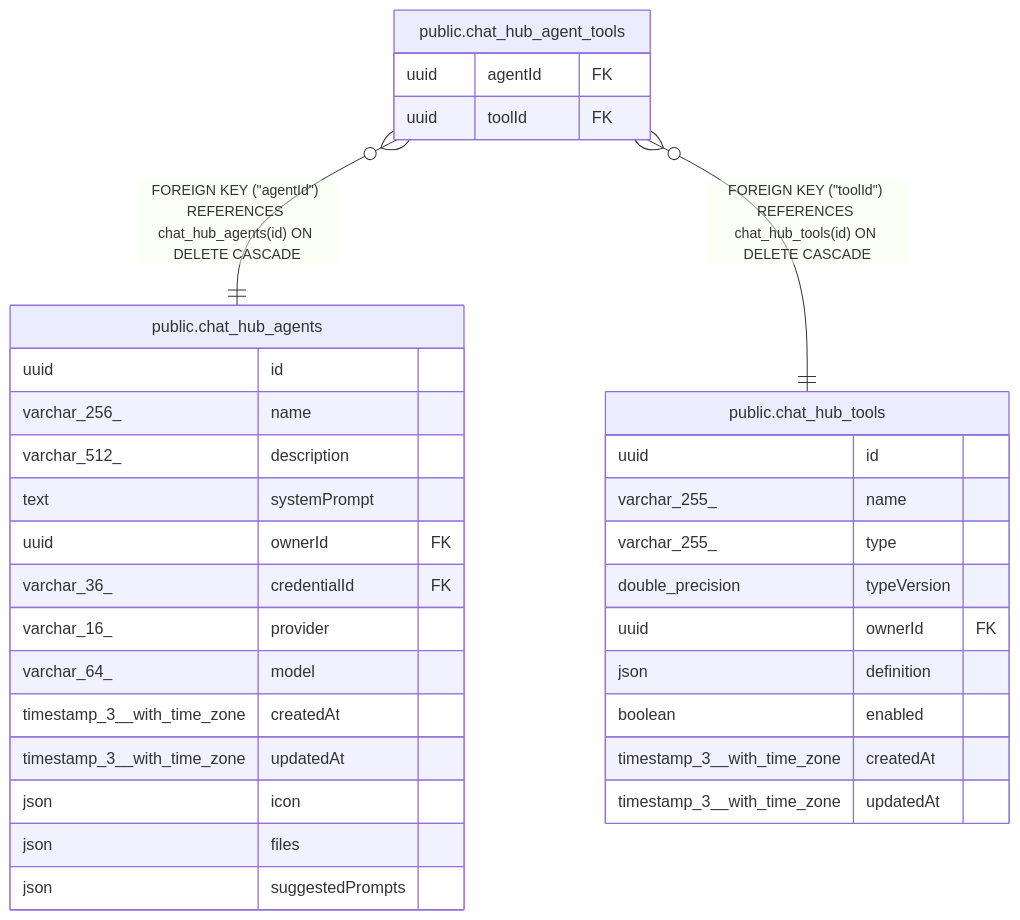
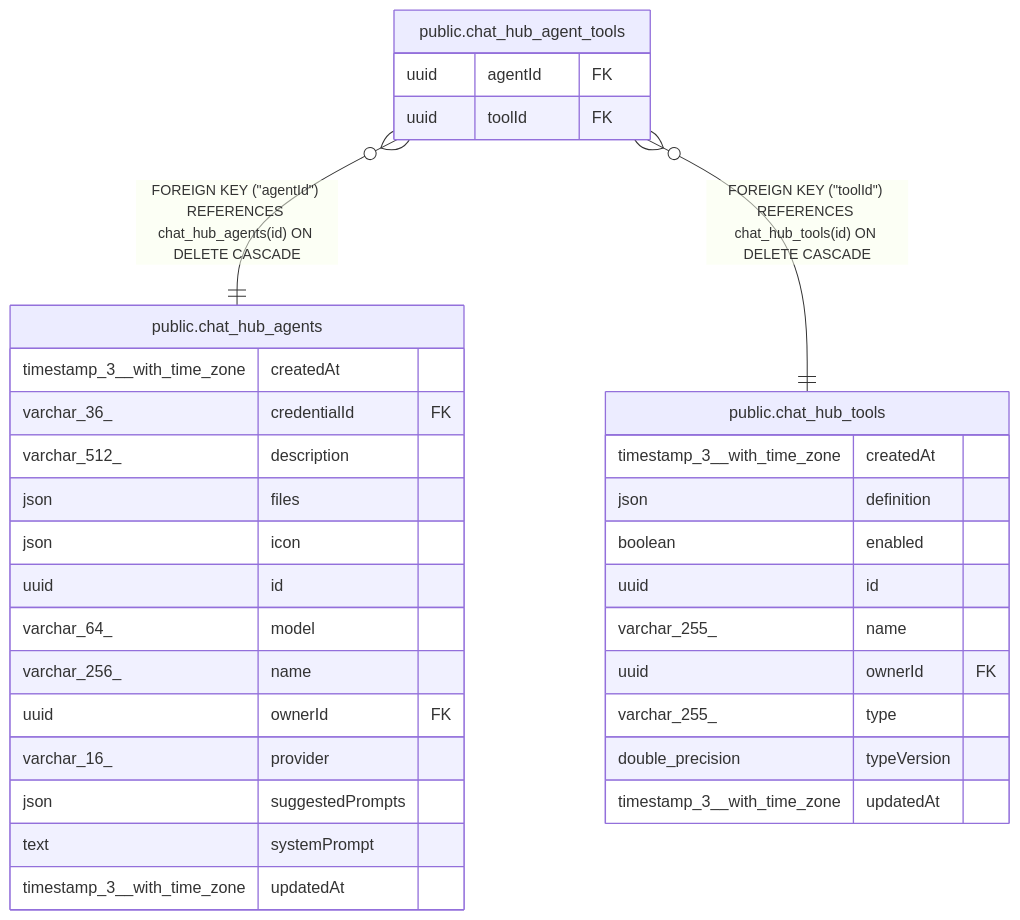
Before and after one commit to mayankjain1815-commits/n8n: the diagram in docs/generated/postgres-schema/public.chat_hub_agent_tools.md, drawn with Mermaid. The commit also changed other lines of this file and 221 other files, not shown here.

Commit message:
chore(core): Make DB schema docs generation deterministic (#32373)

````diff
--- a/docs/generated/postgres-schema/public.chat_hub_agent_tools.md
+++ b/docs/generated/postgres-schema/public.chat_hub_agent_tools.md
@@ -28,37 +28,37 @@
 ```mermaid
 erDiagram
 
 "public.chat_hub_agent_tools" }o--|| "public.chat_hub_agents" : "FOREIGN KEY (#quot;agentId#quot;) REFERENCES chat_hub_agents(id) ON DELETE CASCADE"
 "public.chat_hub_agent_tools" }o--|| "public.chat_hub_tools" : "FOREIGN KEY (#quot;toolId#quot;) REFERENCES chat_hub_tools(id) ON DELETE CASCADE"
 
 "public.chat_hub_agent_tools" {
   uuid agentId FK
   uuid toolId FK
 }
 "public.chat_hub_agents" {
+  timestamp_3__with_time_zone createdAt
+  varchar_36_ credentialId FK
+  varchar_512_ description
+  json files
+  json icon
   uuid id
+  varchar_64_ model
   varchar_256_ name
-  varchar_512_ description
+  uuid ownerId FK
+  varchar_16_ provider
+  json suggestedPrompts
   text systemPrompt
-  uuid ownerId FK
-  varchar_36_ credentialId FK
-  varchar_16_ provider
-  varchar_64_ model
-  timestamp_3__with_time_zone createdAt
   timestamp_3__with_time_zone updatedAt
-  json icon
-  json files
-  json suggestedPrompts
 }
 "public.chat_hub_tools" {
+  timestamp_3__with_time_zone createdAt
+  json definition
+  boolean enabled
   uuid id
   varchar_255_ name
+  uuid ownerId FK
   varchar_255_ type
   double_precision typeVersion
-  uuid ownerId FK
-  json definition
-  boolean enabled
-  timestamp_3__with_time_zone createdAt
   timestamp_3__with_time_zone updatedAt
 }
 ```
````
